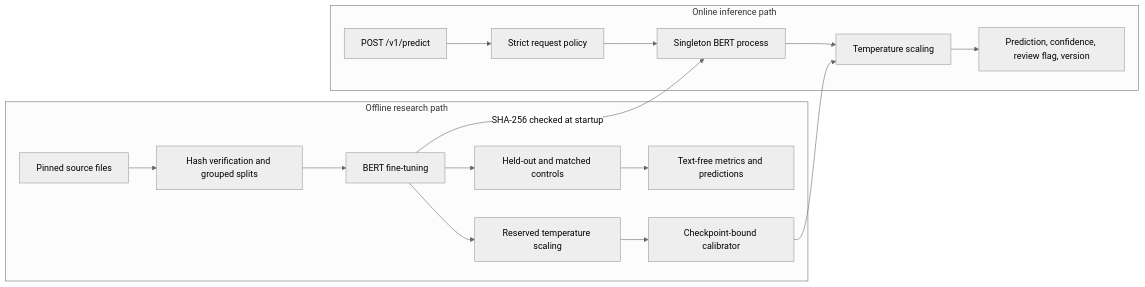
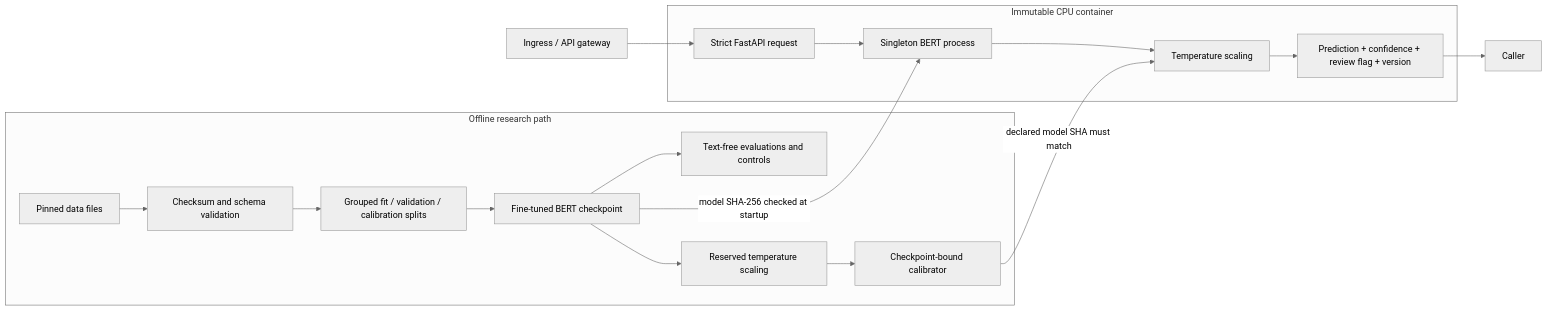
The second of 2 diagrams in README.md (newrohansinha/claim-detector), drawn with Mermaid (neutral theme) before and after one commit. The commit also changed other lines of this file and 4 other files, not shown here.

````diff
--- a/README.md
+++ b/README.md
@@ -110,21 +314,22 @@
 ```mermaid
 flowchart LR
   subgraph Offline[Offline research path]
-    A[Pinned source files] --> B[Hash verification and grouped splits]
-    B --> C[BERT fine-tuning]
-    C --> D[Held-out and matched controls]
-    C --> E[Reserved temperature scaling]
-    D --> F[Text-free metrics and predictions]
-    E --> G[Checkpoint-bound calibrator]
+    A[Pinned data files] --> B[Checksum and schema validation]
+    B --> C[Grouped fit / validation / calibration splits]
+    C --> D[Fine-tuned BERT checkpoint]
+    D --> E[Text-free evaluations and controls]
+    D --> F[Reserved temperature scaling]
+    F --> G[Checkpoint-bound calibrator]
   end
 
-  subgraph Online[Online inference path]
-    H[POST /v1/predict] --> I[Strict request policy]
-    I --> J[Singleton BERT process]
-    J --> K[Temperature scaling]
-    K --> L[Prediction, confidence, review flag, version]
+  subgraph Image[Immutable CPU container]
+    H[Strict FastAPI request] --> I[Singleton BERT process]
+    I --> J[Temperature scaling]
+    J --> K[Prediction + confidence + review flag + version]
   end
 
-  C -->|SHA-256 checked at startup| J
-  G --> K
+  D -->|model SHA-256 checked at startup| I
+  G -->|declared model SHA must match| J
+  L[Ingress / API gateway] --> H
+  K --> M[Caller]
 ```
````
